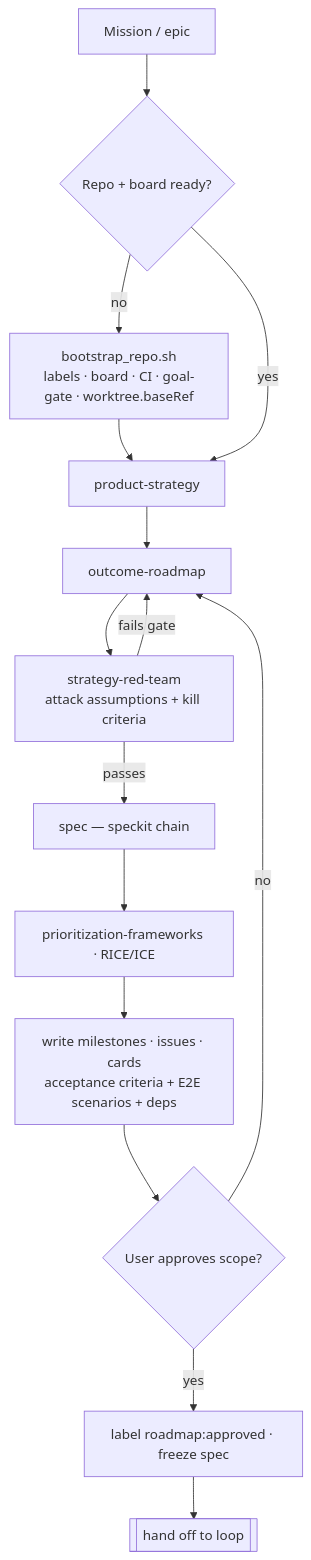
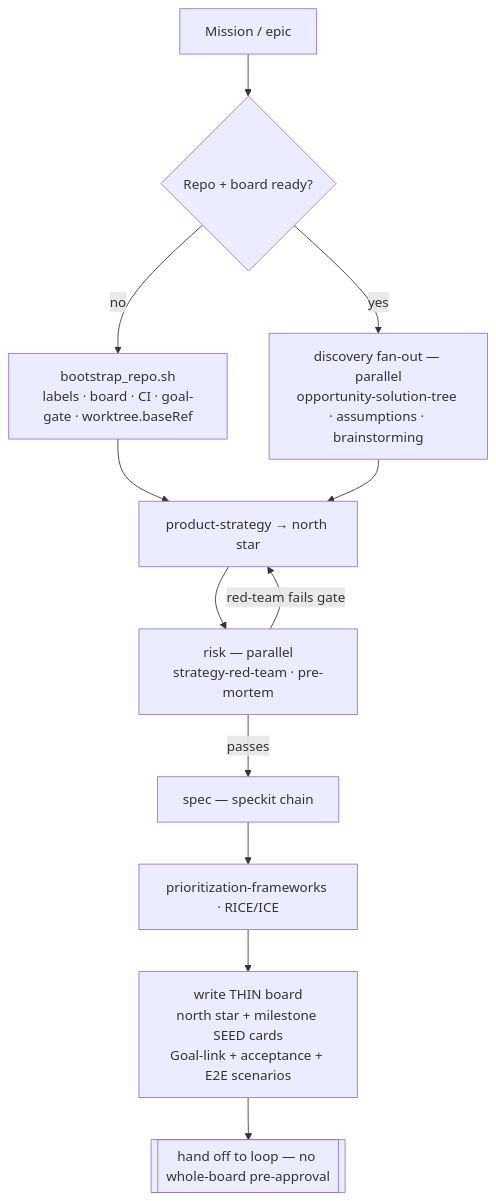
Before and after one commit to kimimgo/ultraloop: the second of 4 diagrams in README.md, drawn with Mermaid. The commit also changed other lines of this file and 42 other files, not shown here.

````diff
--- a/README.md
+++ b/README.md
@@ -141,17 +159,14 @@
 ```mermaid
 flowchart TD
     A[Mission / epic] --> B{Repo + board ready?}
     B -- no --> S[bootstrap_repo.sh<br/>labels · board · CI · goal-gate · worktree.baseRef]
     S --> C
-    B -- yes --> C[product-strategy]
-    C --> D[outcome-roadmap]
-    D --> E[strategy-red-team<br/>attack assumptions + kill criteria]
-    E -->|fails gate| D
+    B -- yes --> DISC[discovery fan-out — parallel<br/>opportunity-solution-tree · assumptions · brainstorming]
+    DISC --> C[product-strategy → north star]
+    C --> E[risk — parallel<br/>strategy-red-team · pre-mortem]
+    E -->|red-team fails gate| C
     E -->|passes| F[spec — speckit chain]
     F --> G[prioritization-frameworks · RICE/ICE]
-    G --> H[write milestones · issues · cards<br/>acceptance criteria + E2E scenarios + deps]
-    H --> I{User approves scope?}
-    I -- no --> D
-    I -- yes --> J[label roadmap:approved · freeze spec]
-    J --> K[[hand off to loop]]
+    G --> H[write THIN board<br/>north star + milestone SEED cards<br/>Goal-link + acceptance + E2E scenarios]
+    H --> K[[hand off to loop — no whole-board pre-approval]]
 ```
````
